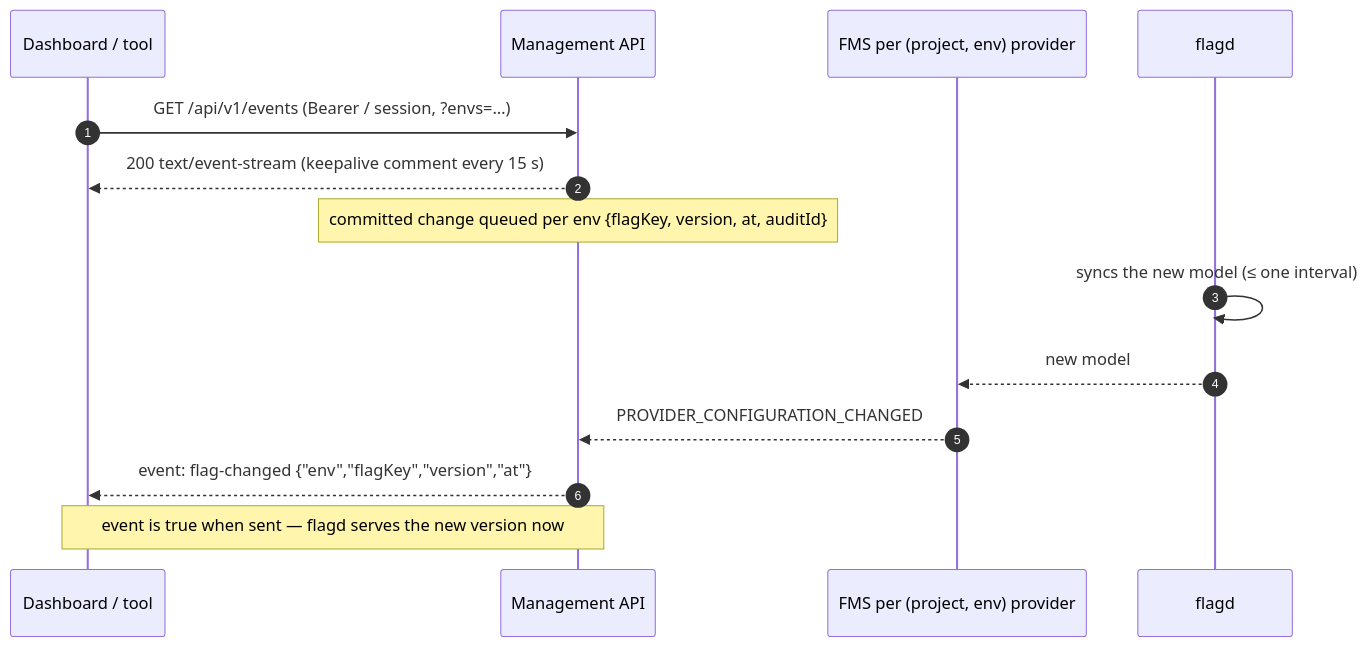
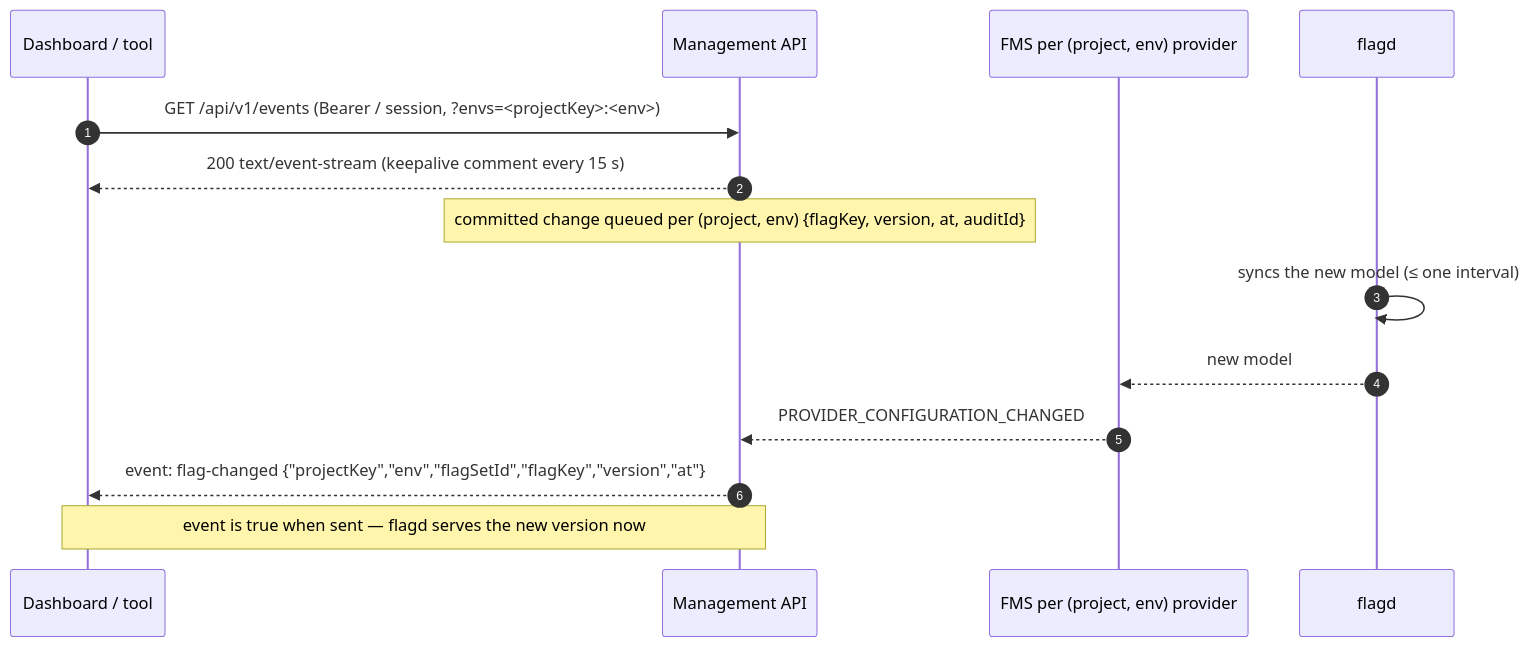
Before and after one commit to kokhoui83/flag-management-system-v2: the fifth of 5 diagrams in docs/02-architecture.md, drawn with Mermaid. The commit also changed other lines of this file and 9 other files, not shown here.

First line of the commit message:
docs: align roadmap acceptance with requirements and API

````diff
--- a/docs/02-architecture.md
+++ b/docs/02-architecture.md
@@ -292,17 +292,17 @@
 ```mermaid
 sequenceDiagram
     autonumber
     participant C as Dashboard / tool
     participant API as Management API
     participant P as FMS per (project, env) provider
     participant F as flagd
 
-    C->>API: GET /api/v1/events (Bearer / session, ?envs=…)
+    C->>API: GET /api/v1/events (Bearer / session, ?envs=<projectKey>:<env>)
     API-->>C: 200 text/event-stream (keepalive comment every 15 s)
-    Note over API: committed change queued per env {flagKey, version, at, auditId}
+    Note over API: committed change queued per (project, env) {flagKey, version, at, auditId}
     F->>F: syncs the new model (≤ one interval)
     F-->>P: new model
     P-->>API: PROVIDER_CONFIGURATION_CHANGED
-    API-->>C: event: flag-changed {"env","flagKey","version","at"}
+    API-->>C: event: flag-changed {"projectKey","env","flagSetId","flagKey","version","at"}
     Note over C,API: event is true when sent — flagd serves the new version now
 ```
````
